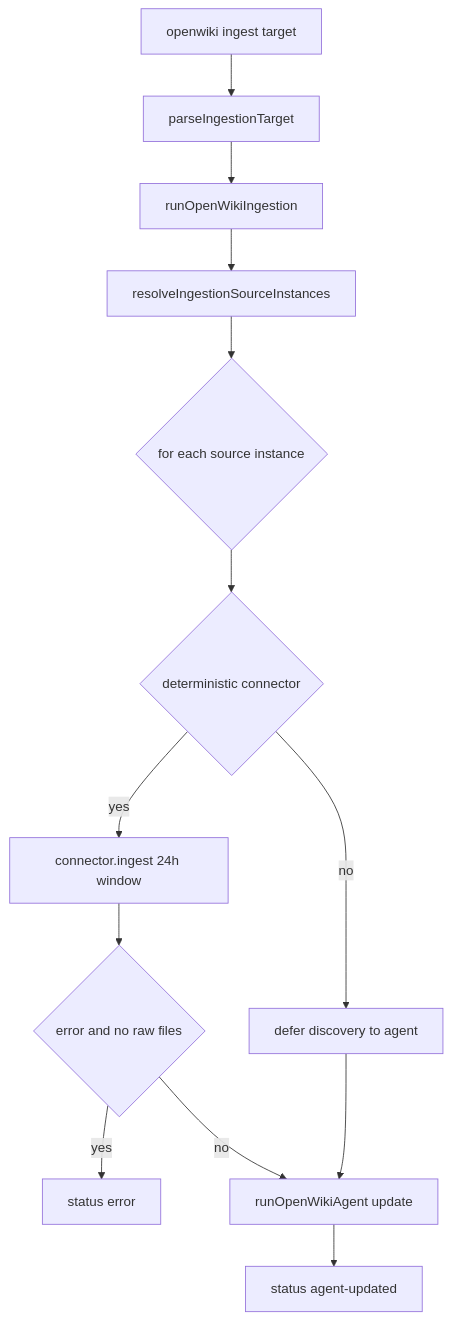
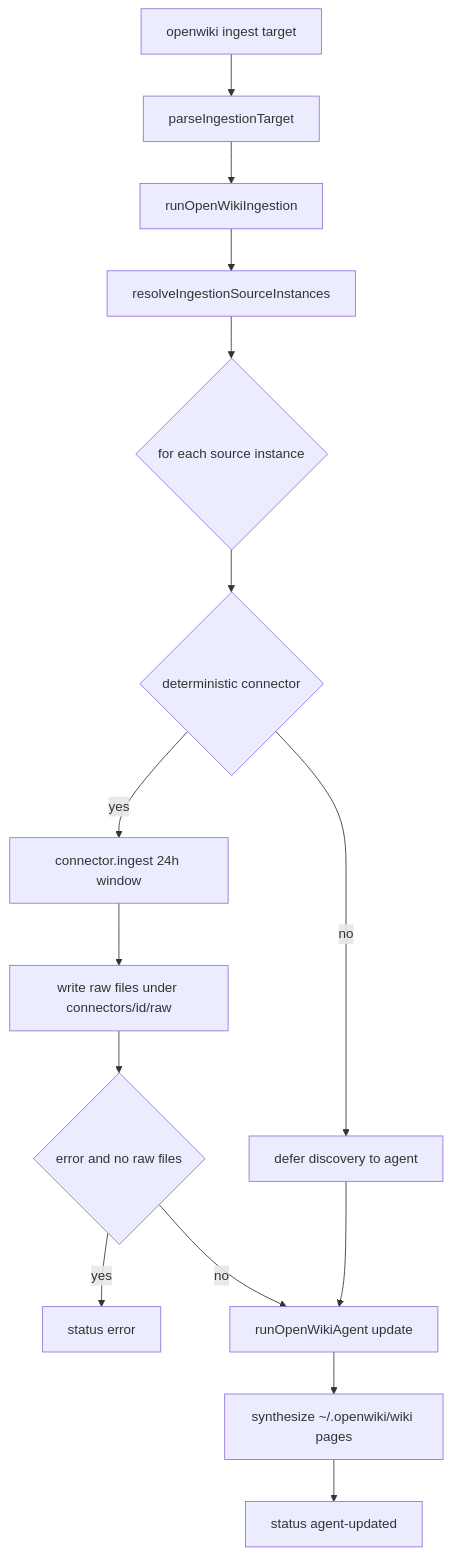
The first of 2 diagrams in openwiki/workflows/personal-ingestion.md (langchain-ai/openwiki), drawn with Mermaid before and after one commit. The commit also changed other lines of this file and 49 other files, not shown here.

````diff
--- a/openwiki/workflows/personal-ingestion.md
+++ b/openwiki/workflows/personal-ingestion.md
@@ -64,15 +81,17 @@
 ```mermaid
 flowchart TD
   CLI["openwiki ingest target"] --> Parse["parseIngestionTarget"]
   Parse --> Run["runOpenWikiIngestion"]
   Run --> Resolve["resolveIngestionSourceInstances"]
   Resolve --> Loop{"for each source instance"}
   Loop --> Det{"deterministic connector"}
   Det -->|yes| Pull["connector.ingest 24h window"]
   Det -->|no| Skip["defer discovery to agent"]
-  Pull --> Fail{"error and no raw files"}
+  Pull --> WriteRaw["write raw files under connectors/id/raw"]
+  WriteRaw --> Fail{"error and no raw files"}
   Fail -->|yes| ErrRes["status error"]
   Fail -->|no| Agent["runOpenWikiAgent update"]
   Skip --> Agent
-  Agent --> OkRes["status agent-updated"]
+  Agent --> Wiki["synthesize ~/.openwiki/wiki pages"]
+  Wiki --> OkRes["status agent-updated"]
 ```
````
